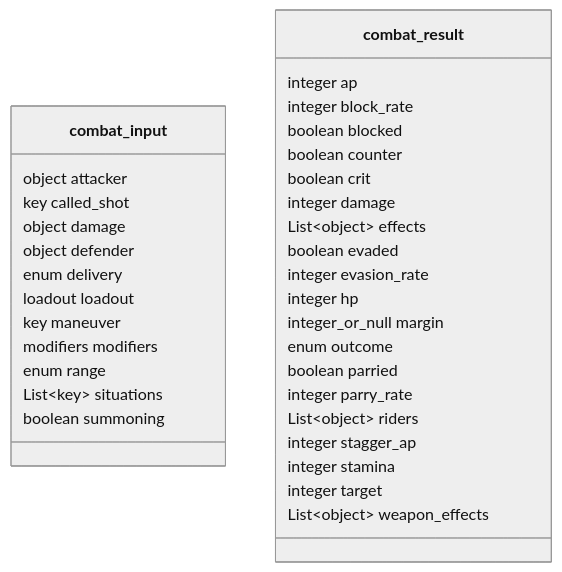
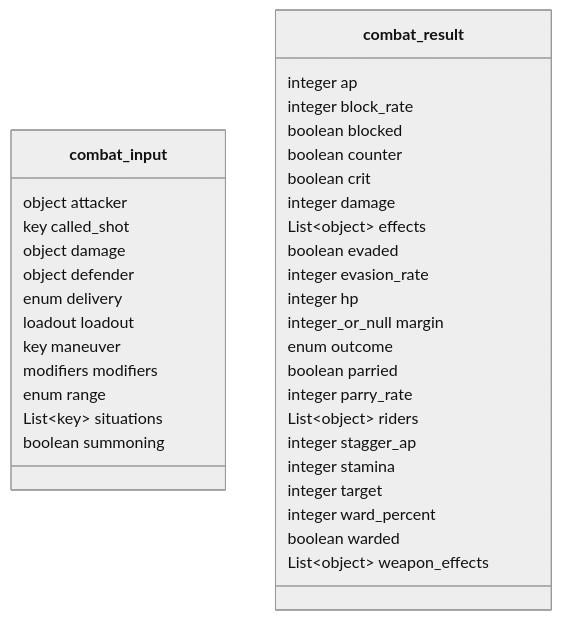
Before and after one commit to SETA1609/riftweave-core: the seventh of 28 diagrams in docs/backend/contract-diagram.md, drawn with Mermaid (neutral theme). The commit also changed other lines of this file and 29 other files, not shown here.

````diff
--- a/docs/backend/contract-diagram.md
+++ b/docs/backend/contract-diagram.md
@@ -240,37 +241,39 @@
 ```mermaid
 classDiagram
     class combat_input {
         object attacker
         key called_shot
         object damage
         object defender
         enum delivery
         loadout loadout
         key maneuver
         modifiers modifiers
         enum range
         List~key~ situations
         boolean summoning
     }
     class combat_result {
         integer ap
         integer block_rate
         boolean blocked
         boolean counter
         boolean crit
         integer damage
         List~object~ effects
         boolean evaded
         integer evasion_rate
         integer hp
         integer_or_null margin
         enum outcome
         boolean parried
         integer parry_rate
         List~object~ riders
         integer stagger_ap
         integer stamina
         integer target
+        integer ward_percent
+        boolean warded
         List~object~ weapon_effects
     }
 ```
````
